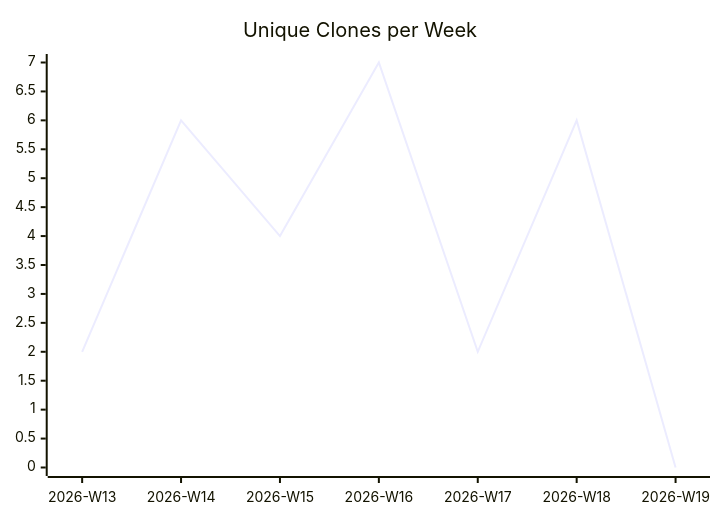
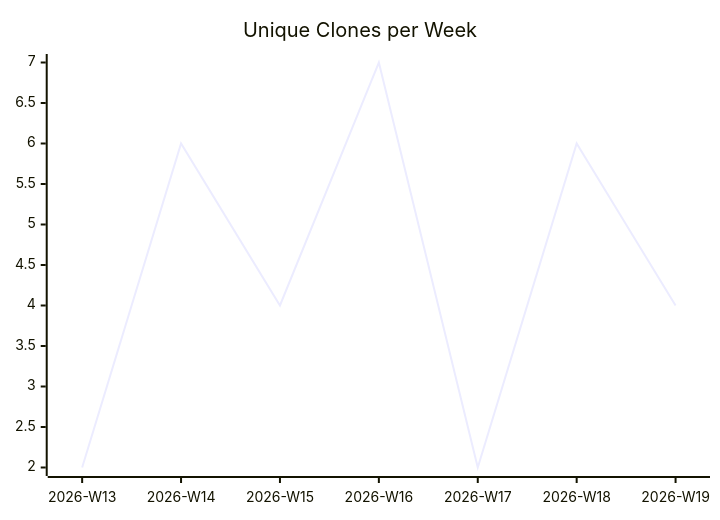
The third of 3 diagrams in karlmdavis/obsidian-operator/README.md (justdavis-family/github-analytics-data), drawn with Mermaid before and after one commit. The commit also changed other lines of this file and 187 other files, not shown here.

````diff
--- a/karlmdavis/obsidian-operator/README.md
+++ b/karlmdavis/obsidian-operator/README.md
@@ -19,6 +19,6 @@
 ```mermaid
 xychart-beta
   title "Unique Clones per Week"
   x-axis ["2026-W13", "2026-W14", "2026-W15", "2026-W16", "2026-W17", "2026-W18", "2026-W19"]
-  line [2, 6, 4, 7, 2, 6, 0]
+  line [2, 6, 4, 7, 2, 6, 4]
 ```
````
